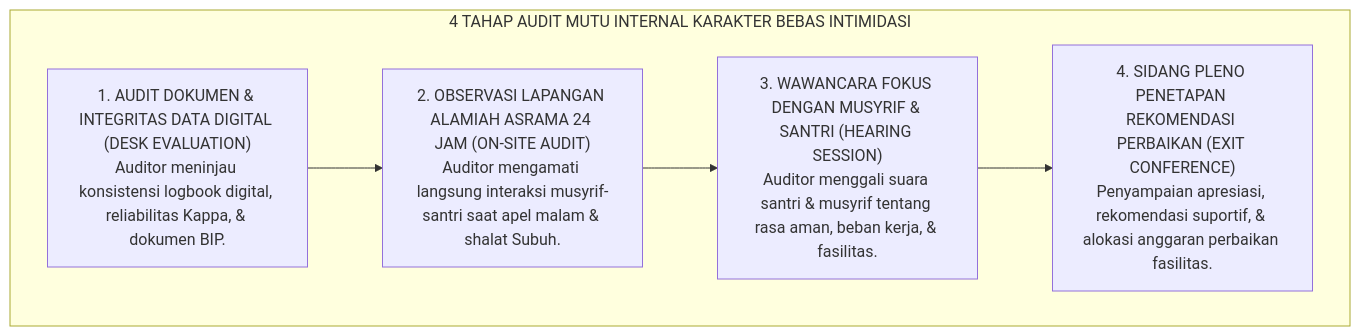
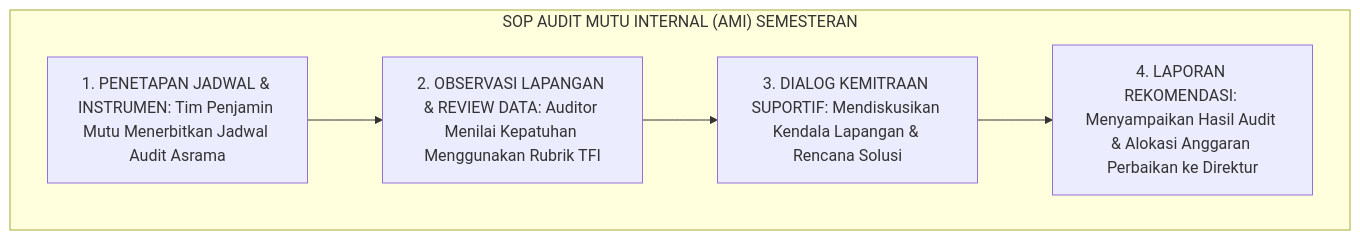
Before and after one commit to wandiapriliyandi/tumbuh: the third of 3 diagrams in 02 Principles/07 Implementation Principles/P2-07-04-Prinsip-Penjaminan-Mutu-dan-Continuous-Improvement.md, drawn with Mermaid. The commit also changed other lines of this file and 6 other files, not shown here.

````diff
--- a/02 Principles/07 Implementation Principles/P2-07-04-Prinsip-Penjaminan-Mutu-dan-Continuous-Improvement.md
+++ b/02 Principles/07 Implementation Principles/P2-07-04-Prinsip-Penjaminan-Mutu-dan-Continuous-Improvement.md
@@ -153,14 +181,9 @@
 ```mermaid
 flowchart TD
-    subgraph AlurAuditMutuInternalAMI["4 TAHAP AUDIT MUTU INTERNAL KARAKTER BEBAS INTIMIDASI"]
-        AMI1["1. AUDIT DOKUMEN & INTEGRITAS DATA DIGITAL (DESK EVALUATION)<br/>Auditor meninjau konsistensi logbook digital, reliabilitas Kappa, & dokumen BIP."]
-        
-        AMI2["2. OBSERVASI LAPANGAN ALAMIAH ASRAMA 24 JAM (ON-SITE AUDIT)<br/>Auditor mengamati langsung interaksi musyrif-santri saat apel malam & shalat Subuh."]
-        
-        AMI3["3. WAWANCARA FOKUS DENGAN MUSYRIF & SANTRI (HEARING SESSION)<br/>Auditor menggali suara santri & musyrif tentang rasa aman, beban kerja, & fasilitas."]
-        
-        AMI4["4. SIDANG PLENO PENETAPAN REKOMENDASI PERBAIKAN (EXIT CONFERENCE)<br/>Penyampaian apresiasi, rekomendasi suportif, & alokasi anggaran perbaikan fasilitas."]
-        
-        AMI1 --> AMI2 --> AMI3 --> AMI4
+    subgraph SOPAuditMutuInternalSemesteran["SOP AUDIT MUTU INTERNAL (AMI) SEMESTERAN"]
+        PenetapanJadwal["1. PENETAPAN JADWAL & INSTRUMEN: Tim Penjamin Mutu Menerbitkan Jadwal Audit Asrama"]
+        --> ObservasiLapanganTFI["2. OBSERVASI LAPANGAN & REVIEW DATA: Auditor Menilai Kepatuhan Menggunakan Rubrik TFI"]
+        --> DialogKemitraanMusyrif["3. DIALOG KEMITRAAN SUPORTIF: Mendiskusikan Kendala Lapangan & Rencana Solusi"]
+        --> LaporanRekomendasiDireksi["4. LAPORAN REKOMENDASI: Menyampaikan Hasil Audit & Alokasi Anggaran Perbaikan ke Direktur"]
     end
 ```
````
